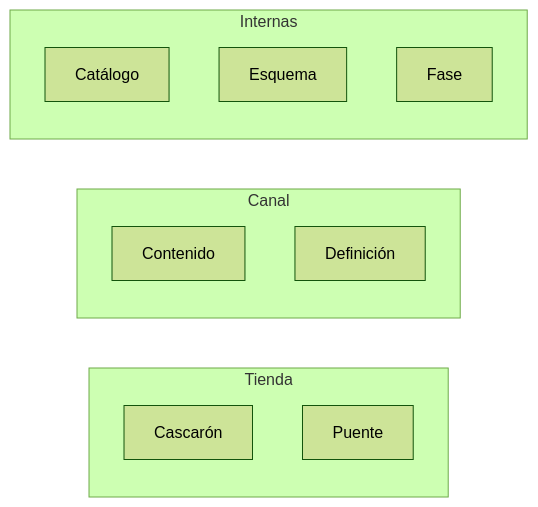
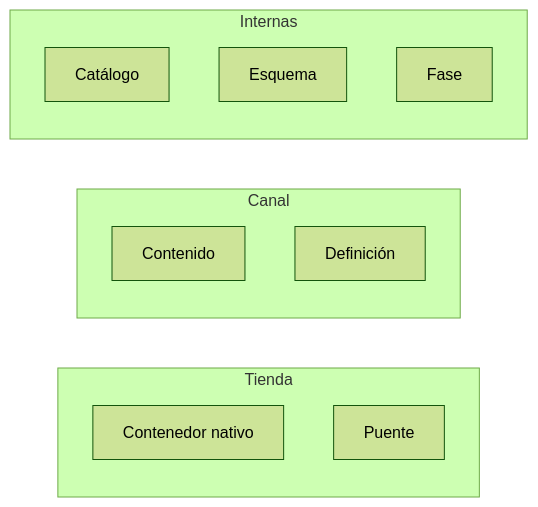
Diagram 17 of 27 in Concepts/Framework-Concept/MAUI-Framework-Developer-Guide.md (hdcm-dev/Lab-Documentos), drawn with Mermaid (forest theme) before and after one commit. The commit also changed other lines of this file and 10 other files, not shown here.

First line of the commit message:
Framework-Concept: «cascarón» → «contenedor nativo» (ADR-0001) y pauta Apple 4.7.2

````diff
--- a/Concepts/Framework-Concept/MAUI-Framework-Developer-Guide.md
+++ b/Concepts/Framework-Concept/MAUI-Framework-Developer-Guide.md
@@ -1634,16 +1634,16 @@
 ```mermaid
 flowchart LR
     subgraph Tienda
-      C1["Cascarón"]
+      C1["Contenedor nativo"]
       C2["Puente"]
     end
     subgraph Canal
       C3["Contenido"]
       C4["Definición"]
     end
     subgraph Internas
       C5["Catálogo"]
       C6["Esquema"]
       C7["Fase"]
     end
 ```
````
